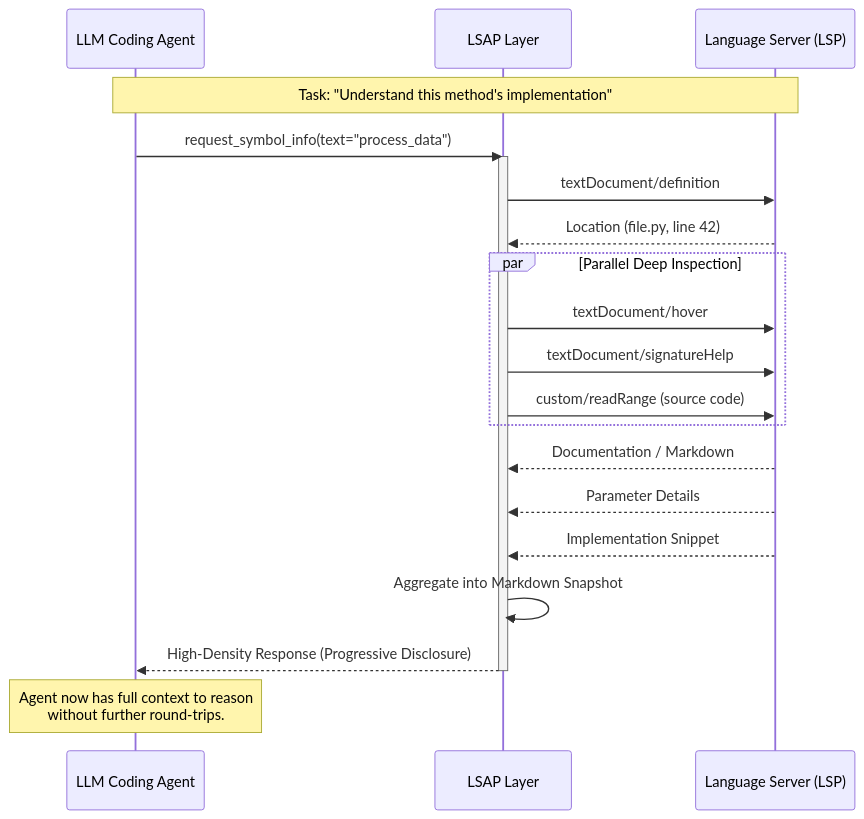
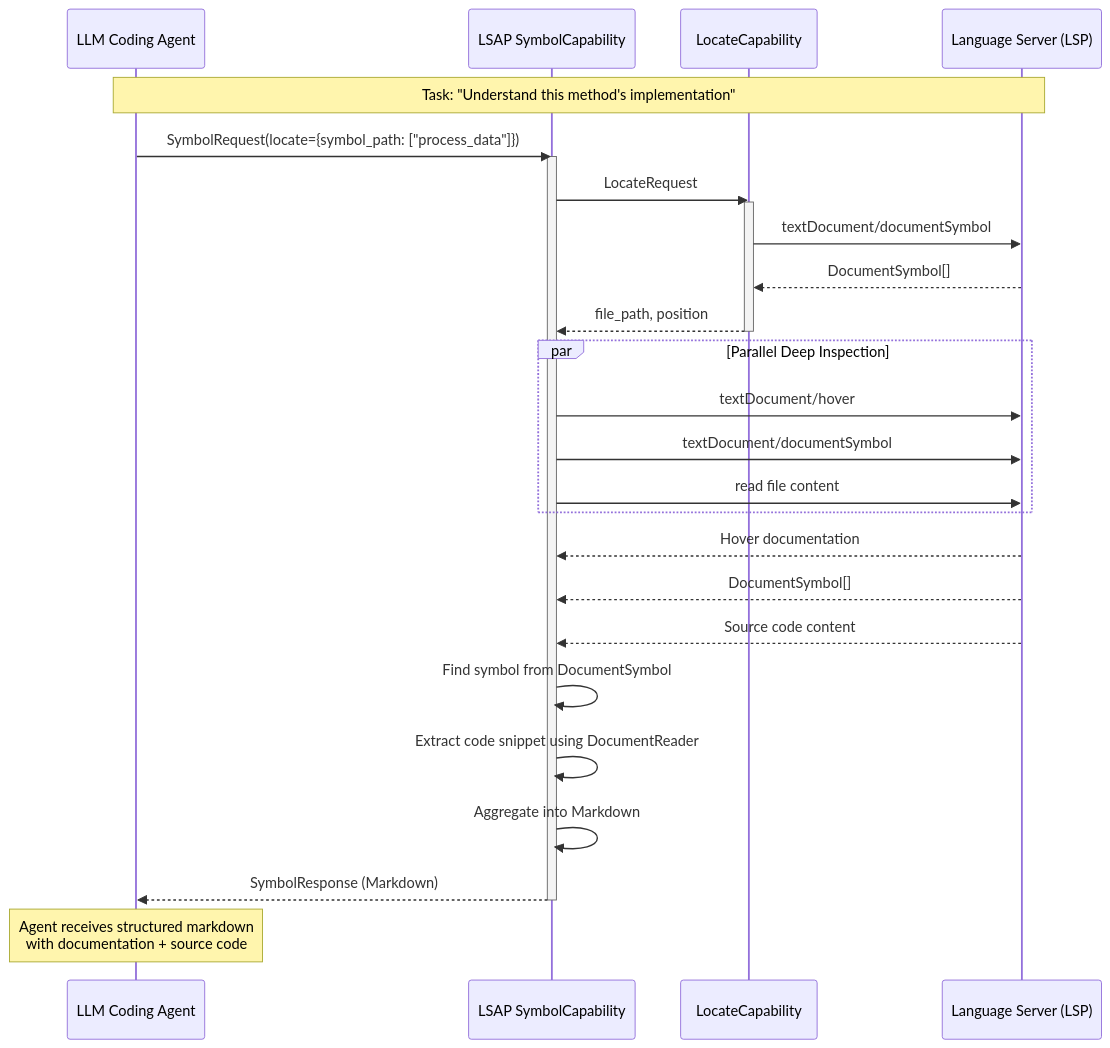
One commit to lsp-client/LSAP changed the diagram in README.md. Above: the diagram before and after it, drawn with Mermaid. The commit also changed other lines of this file, not shown here.

````diff
--- a/README.md
+++ b/README.md
@@ -27,31 +27,40 @@
 ```mermaid
 sequenceDiagram
     participant Agent as LLM Coding Agent
-    participant LSAP as LSAP Layer
+    participant LSAP as LSAP SymbolCapability
+    participant Locate as LocateCapability
     participant LSP as Language Server (LSP)
 
     Note over Agent, LSP: Task: "Understand this method's implementation"
 
-    Agent->>LSAP: request_symbol_info(text="process_data")
+    Agent->>LSAP: SymbolRequest(locate={symbol_path: ["process_data"]})
 
     activate LSAP
-    LSAP->>LSP: textDocument/definition
-    LSP-->>LSAP: Location (file.py, line 42)
+    LSAP->>Locate: LocateRequest
+
+    activate Locate
+    Locate->>LSP: textDocument/documentSymbol
+    LSP-->>Locate: DocumentSymbol[]
+
+    Locate-->>LSAP: file_path, position
+    deactivate Locate
 
     par Parallel Deep Inspection
         LSAP->>LSP: textDocument/hover
-        LSAP->>LSP: textDocument/signatureHelp
-        LSAP->>LSP: custom/readRange (source code)
+        LSAP->>LSP: textDocument/documentSymbol
+        LSAP->>LSP: read file content
     end
 
-    LSP-->>LSAP: Documentation / Markdown
-    LSP-->>LSAP: Parameter Details
-    LSP-->>LSAP: Implementation Snippet
+    LSP-->>LSAP: Hover documentation
+    LSP-->>LSAP: DocumentSymbol[]
+    LSP-->>LSAP: Source code content
 
-    LSAP->>LSAP: Aggregate into Markdown Snapshot
+    LSAP->>LSAP: Find symbol from DocumentSymbol
+    LSAP->>LSAP: Extract code snippet using DocumentReader
+    LSAP->>LSAP: Aggregate into Markdown
 
-    LSAP-->>Agent: High-Density Response (Progressive Disclosure)
+    LSAP-->>Agent: SymbolResponse (Markdown)
     deactivate LSAP
 
-    Note over Agent: Agent now has full context to reason<br/>without further round-trips.
+    Note over Agent: Agent receives structured markdown<br/>with documentation + source code
 ```
````
